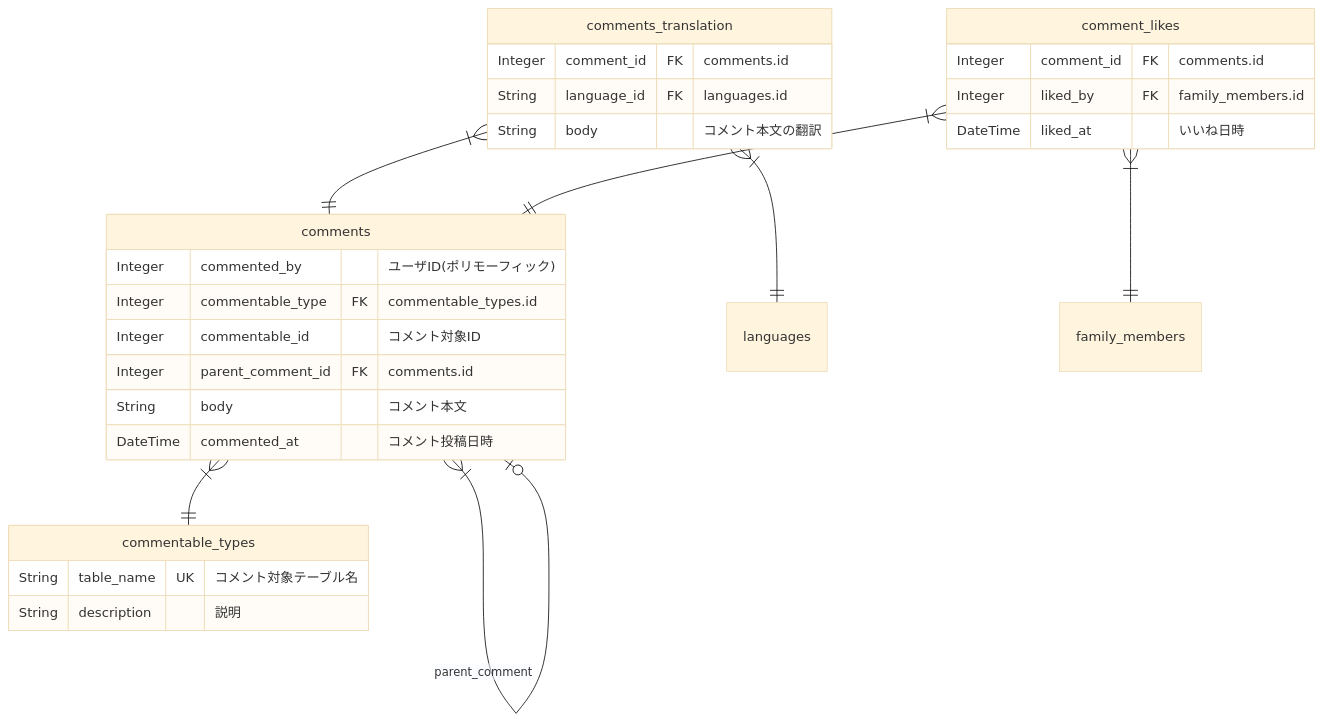
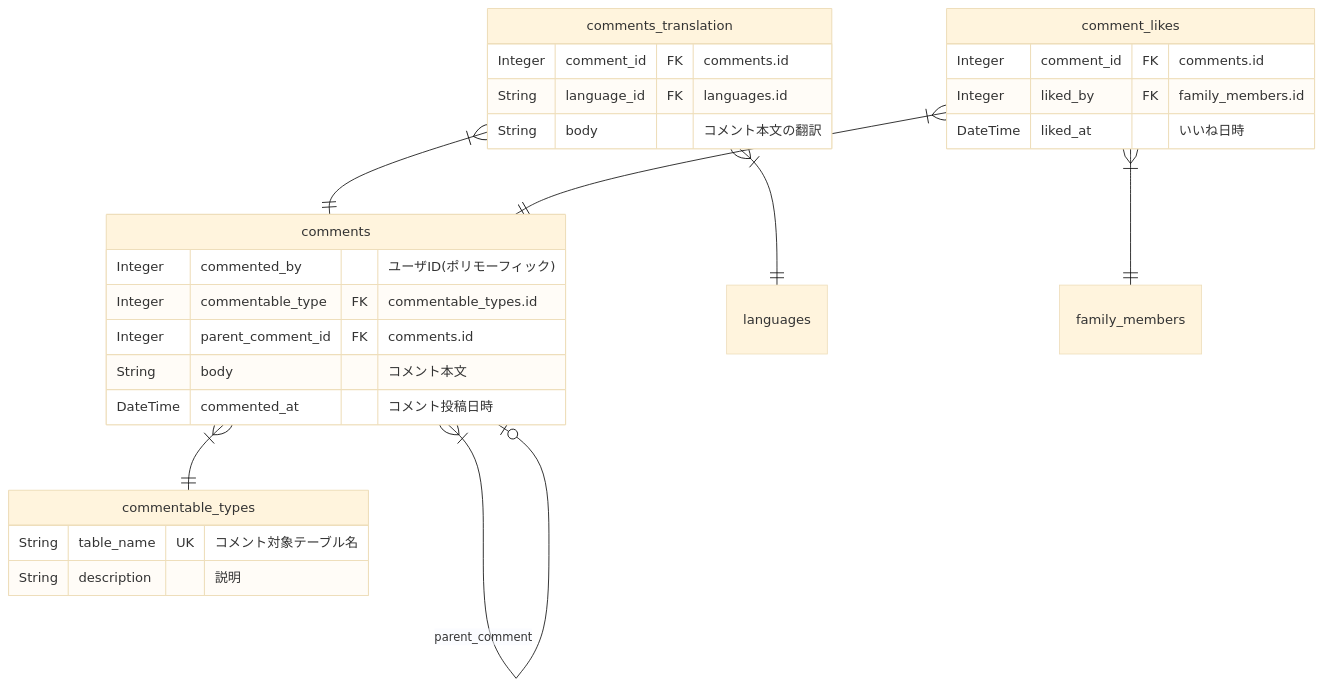
Before and after one commit to shuhei1101/allowance-questboard: diagram 15 of 17 in apps/api/docs/ja/uml/erd.md, drawn with Mermaid (base theme). The commit also changed other lines of this file and 17 other files, not shown here.

````diff
--- a/apps/api/docs/ja/uml/erd.md
+++ b/apps/api/docs/ja/uml/erd.md
@@ -586,37 +580,36 @@
 ```mermaid
 %% comment
 erDiagram
     comments {
         Integer commented_by "ユーザID(ポリモーフィック)"
         Integer commentable_type FK "commentable_types.id"
-        Integer commentable_id "コメント対象ID"
         Integer parent_comment_id FK "comments.id"
         String body "コメント本文"
         DateTime commented_at "コメント投稿日時"
     }
 
     comments_translation {
         Integer comment_id FK "comments.id"
         String language_id FK "languages.id"
         String body "コメント本文の翻訳"
     }
 
     commentable_types {
         String table_name UK "コメント対象テーブル名"
         String description "説明"
     }
 
     comment_likes {
         Integer comment_id FK "comments.id"
         Integer liked_by FK "family_members.id"
         DateTime liked_at "いいね日時"
     }
 
     %% Relationships
     comments }|--|| commentable_types: ""
     comments }|--o| comments: "parent_comment"
     comments_translation }|--|| comments: ""
     comments_translation }|--|| languages: ""
     comment_likes }|--|| comments: ""
     comment_likes }|--|| family_members: ""
 ```
````
